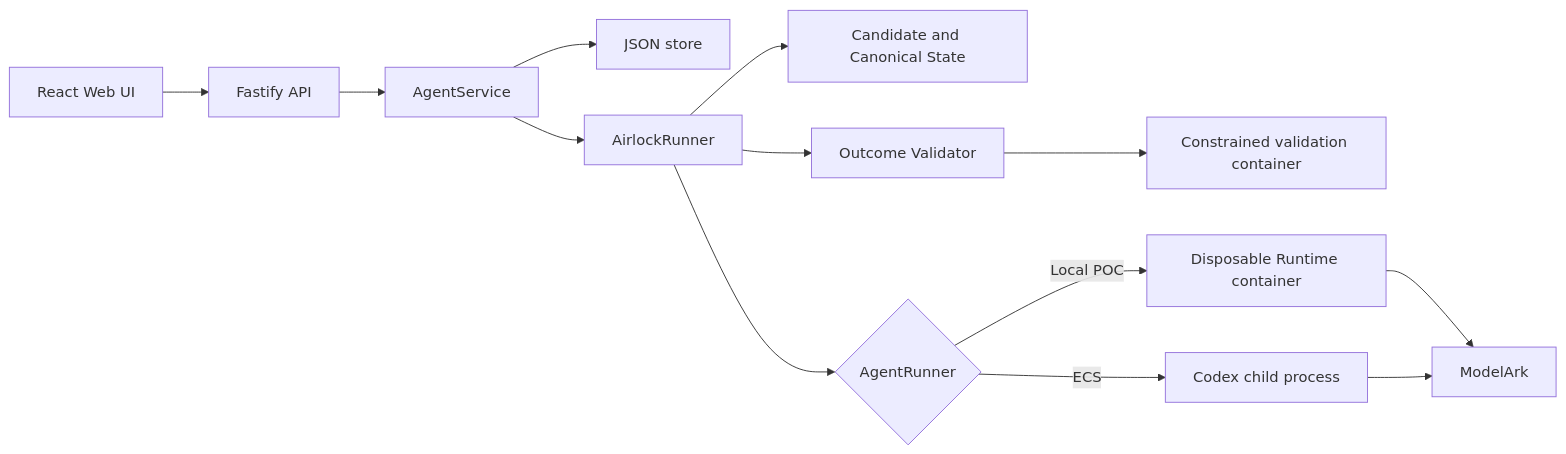
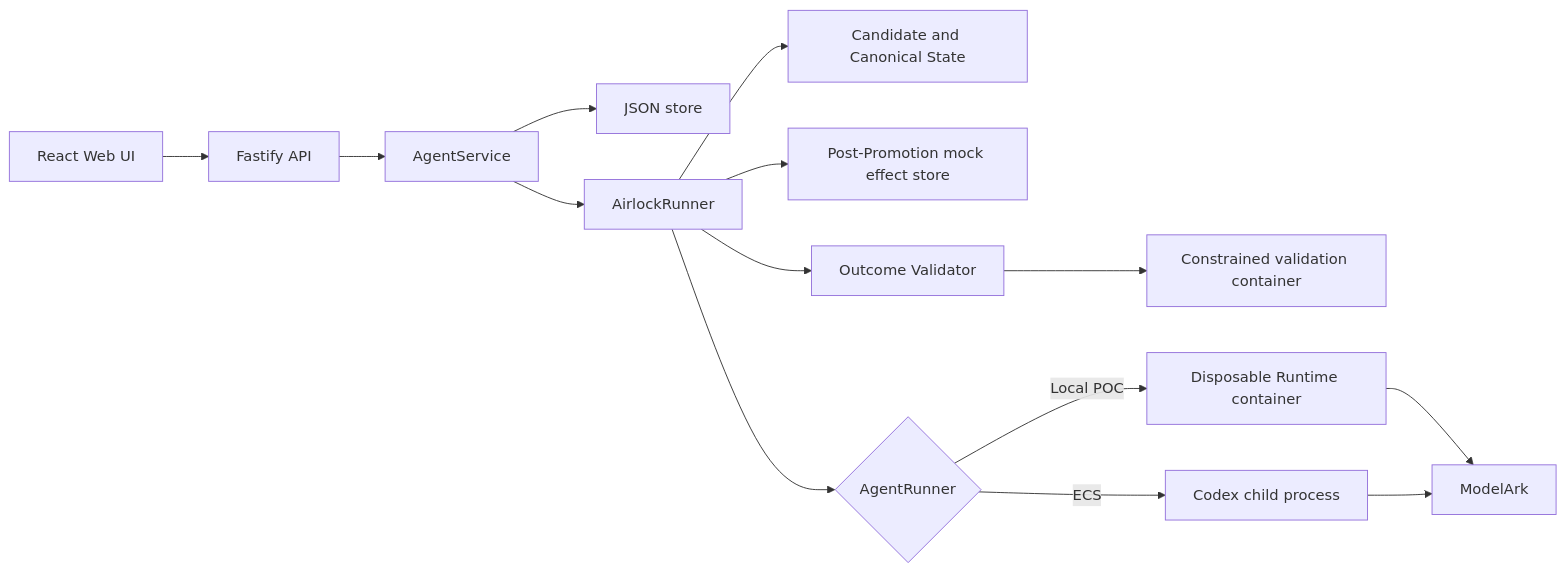
Before and after one commit to Kk120306/agent-airlock: the diagram in docs/ARCHITECTURE.md, drawn with Mermaid. The commit also changed other lines of this file and 35 other files, not shown here.

````diff
--- a/docs/ARCHITECTURE.md
+++ b/docs/ARCHITECTURE.md
@@ -5,15 +5,16 @@
 ```mermaid
 flowchart LR
     UI["React Web UI"] --> API["Fastify API"]
     API --> Service["AgentService"]
     Service --> Store["JSON store"]
     Service --> Airlock["AirlockRunner"]
     Airlock --> Workspace["Candidate and Canonical State"]
+    Airlock --> Effects["Post-Promotion mock effect store"]
     Airlock --> Runner{"AgentRunner"}
     Airlock --> Validate["Outcome Validator"]
     Validate --> ValidationContainer["Constrained validation container"]
     Runner -->|Local POC| Container["Disposable Runtime container"]
     Runner -->|ECS| Process["Codex child process"]
     Container --> Ark["ModelArk"]
     Process --> Ark
 ```
````
